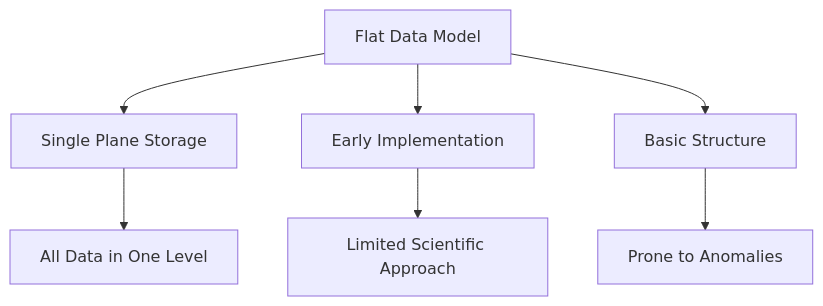
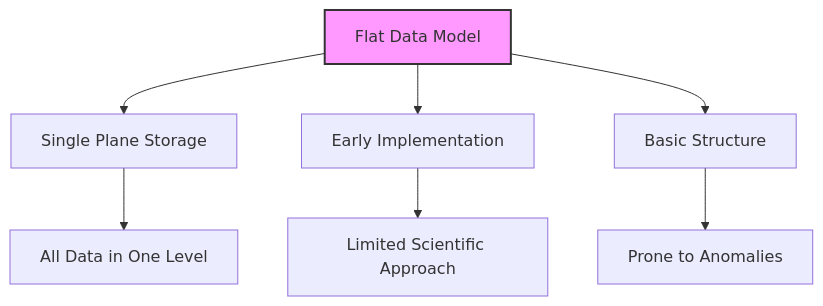
One commit to fistasolutions/learn-database-unicorndevelopers changed the first of 12 diagrams in 04datamodels.md. Above: the diagram before and after it, drawn with Mermaid. The commit also changed other lines of this file, not shown here.

````diff
--- a/04datamodels.md
+++ b/04datamodels.md
@@ -21,9 +30,10 @@
 ```mermaid
 graph TD
     A[Flat Data Model] --> B[Single Plane Storage]
     A --> C[Early Implementation]
     A --> D[Basic Structure]
     B --> E[All Data in One Level]
     C --> F[Limited Scientific Approach]
     D --> G[Prone to Anomalies]
+    style A fill:#f9f,stroke:#333,stroke-width:2px
 ```
````
